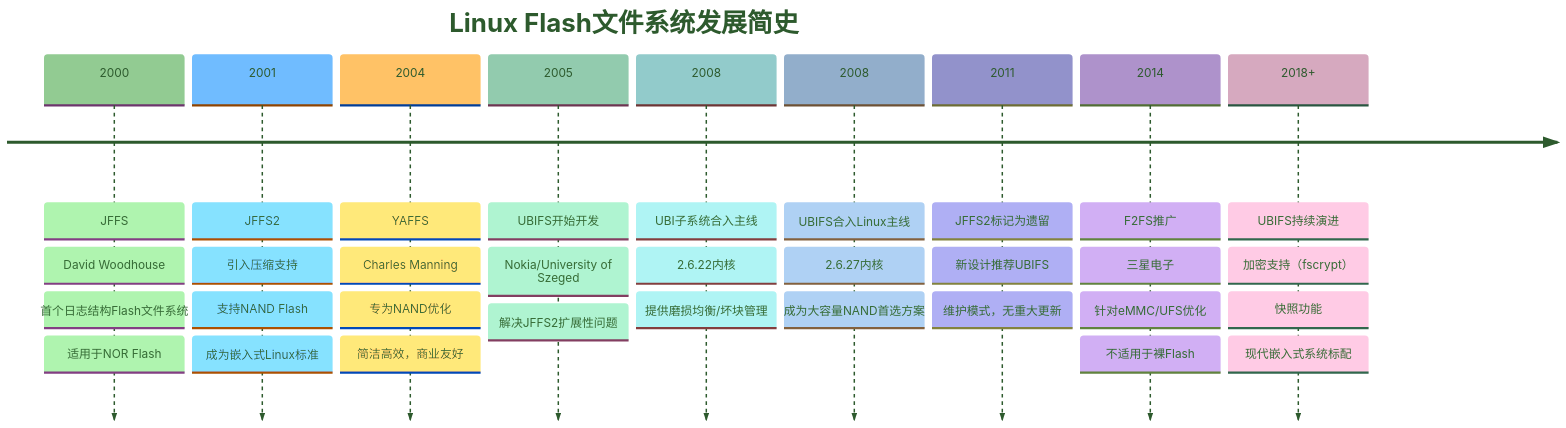
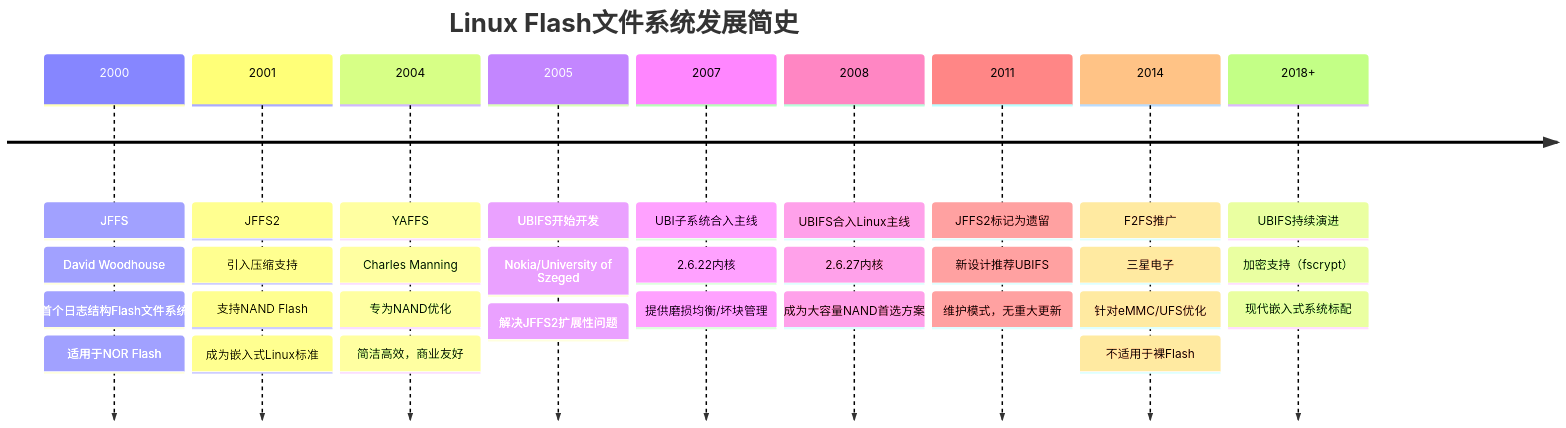
One commit to xiaohong0925/Embedded_Knowledge_System_V2026 changed the second of 2 diagrams in docs/02-核心机制深度解析/第12章 文件系统/12.4.3_UBI工具链与实战.md. Above: the diagram before and after it, drawn with Mermaid. The commit also changed other lines of this file and 63 other files, not shown here.

````diff
--- a/docs/02-核心机制深度解析/第12章 文件系统/12.4.3_UBI工具链与实战.md
+++ b/docs/02-核心机制深度解析/第12章 文件系统/12.4.3_UBI工具链与实战.md
@@ -128,46 +140,44 @@
 ```mermaid
-%%{init: {'theme': 'base', 'themeVariables': { 'primaryColor': '#e8f4e8', 'primaryTextColor': '#2d5a2d', 'primaryBorderColor': '#4a9e4a', 'lineColor': '#6a6a6a', 'secondaryColor': '#f0f8ff', 'tertiaryColor': '#fff5e6'}}}%%
 timeline
     title Linux Flash文件系统发展简史
 
     2000 : JFFS
          : David Woodhouse
          : 首个日志结构Flash文件系统
          : 适用于NOR Flash
 
     2001 : JFFS2
          : 引入压缩支持
          : 支持NAND Flash
          : 成为嵌入式Linux标准
 
     2004 : YAFFS
          : Charles Manning
          : 专为NAND优化
          : 简洁高效，商业友好
 
     2005 : UBIFS开始开发
          : Nokia/University of Szeged
          : 解决JFFS2扩展性问题
 
-    2008 : UBI子系统合入主线
+    2007 : UBI子系统合入主线
          : 2.6.22内核
          : 提供磨损均衡/坏块管理
 
     2008 : UBIFS合入Linux主线
          : 2.6.27内核
          : 成为大容量NAND首选方案
 
     2011 : JFFS2标记为遗留
          : 新设计推荐UBIFS
          : 维护模式，无重大更新
 
     2014 : F2FS推广
          : 三星电子
          : 针对eMMC/UFS优化
          : 不适用于裸Flash
 
     2018+ : UBIFS持续演进
           : 加密支持（fscrypt）
-          : 快照功能
           : 现代嵌入式系统标配
 ```
````
